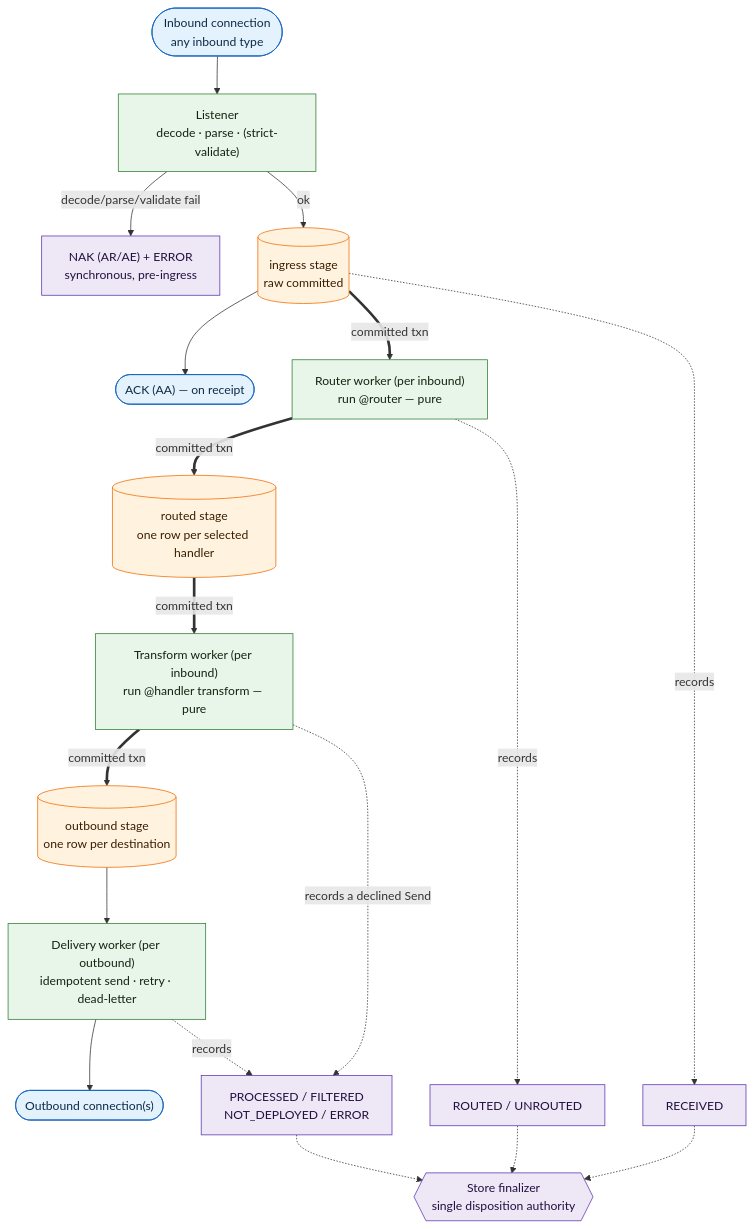
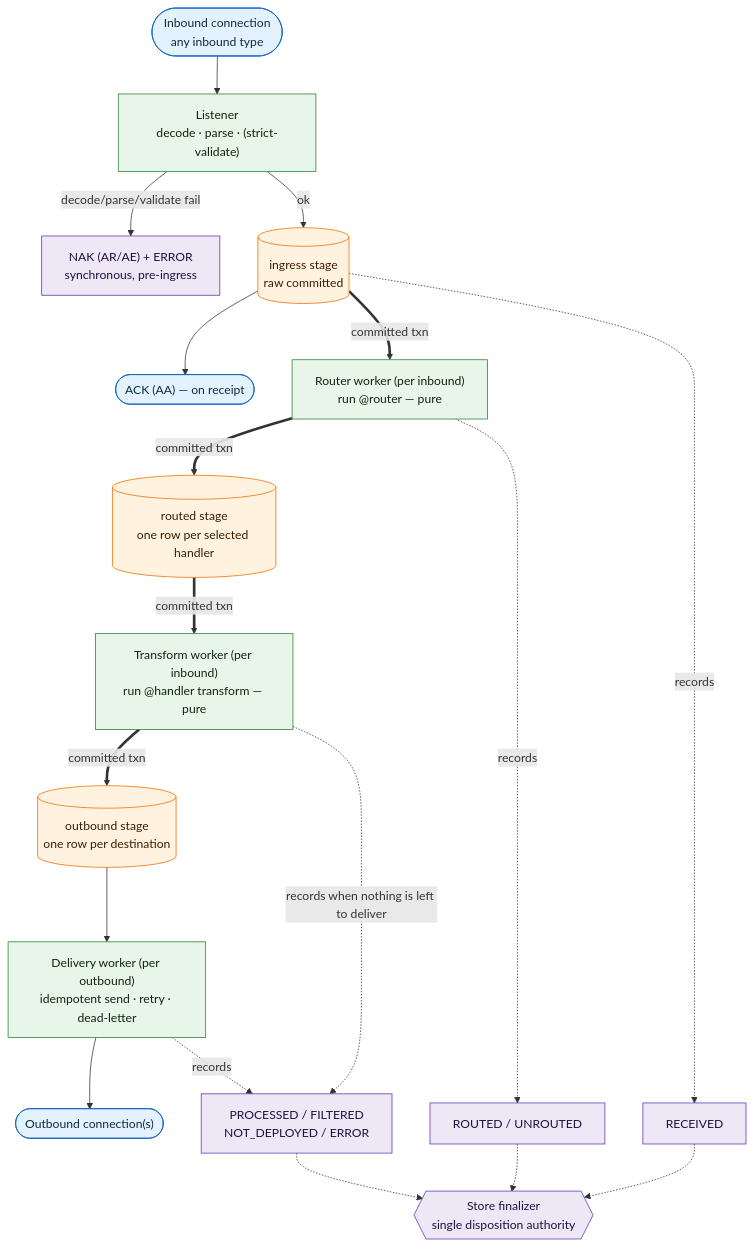
The third of 4 diagrams in docs/architecture-diagram.md (MEFORORG/MessageFoundry), drawn with Mermaid before and after one commit. The commit also changed other lines of this file and 1 other file, not shown here.

First line of the commit message:
docs(architecture): round two review fixes to the diagram text

````diff
--- a/docs/architecture-diagram.md
+++ b/docs/architecture-diagram.md
@@ -231,44 +236,44 @@
 ```mermaid
 flowchart TB
   classDef stage fill:#fff3e0,stroke:#ef6c00,color:#3a1d00;
   classDef worker fill:#e8f5e9,stroke:#2e7d32,color:#10240f;
   classDef disp fill:#ede7f6,stroke:#5e35b1,color:#22103f;
   classDef io fill:#e3f2fd,stroke:#1565c0,color:#0d2b45;
 
   SRC(["Inbound connection<br/>any inbound type"]):::io
   LISTEN["Listener<br/>decode · parse · (strict-validate)"]:::worker
   NAK["NAK (AR/AE) + ERROR<br/>synchronous, pre-ingress"]:::disp
 
   ING[("ingress stage<br/>raw committed")]:::stage
   ACK(["ACK (AA) — on receipt"]):::io
   RW["Router worker (per inbound)<br/>run @router — pure"]:::worker
   ROUTED[("routed stage<br/>one row per selected handler")]:::stage
   TW["Transform worker (per inbound)<br/>run @handler transform — pure"]:::worker
   OUT[("outbound stage<br/>one row per destination")]:::stage
   DW["Delivery worker (per outbound)<br/>idempotent send · retry · dead-letter"]:::worker
   DEST(["Outbound connection(s)"]):::io
 
   FIN{{"Store finalizer<br/>single disposition authority"}}:::disp
   D1["RECEIVED"]:::disp
   D2["ROUTED / UNROUTED"]:::disp
   D3["PROCESSED / FILTERED<br/>NOT_DEPLOYED / ERROR"]:::disp
 
   SRC --> LISTEN
   LISTEN -->|"decode/parse/validate fail"| NAK
   LISTEN -->|"ok"| ING
   ING --> ACK
   ING ==>|"committed txn"| RW
   RW ==>|"committed txn"| ROUTED
   ROUTED ==>|"committed txn"| TW
   TW ==>|"committed txn"| OUT
   OUT --> DW
   DW --> DEST
 
   ING -.->|"records"| D1
   RW -.->|"records"| D2
-  TW -.->|"records a declined Send"| D3
+  TW -.->|"records when nothing is left to deliver"| D3
   DW -.->|"records"| D3
   D1 -.-> FIN
   D2 -.-> FIN
   D3 -.-> FIN
 ```
````
